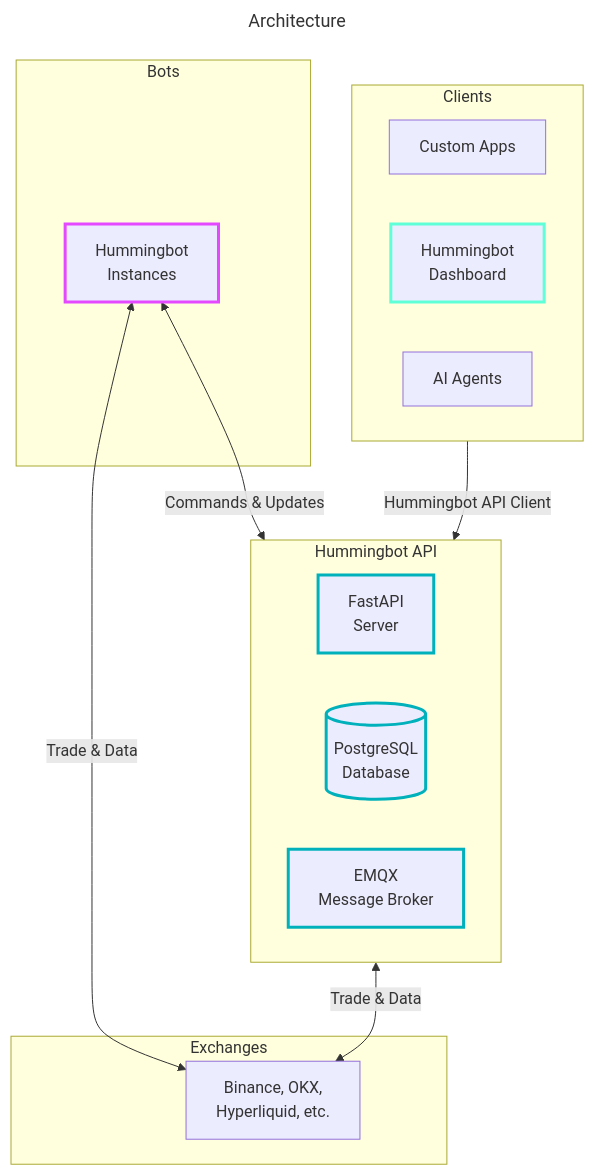
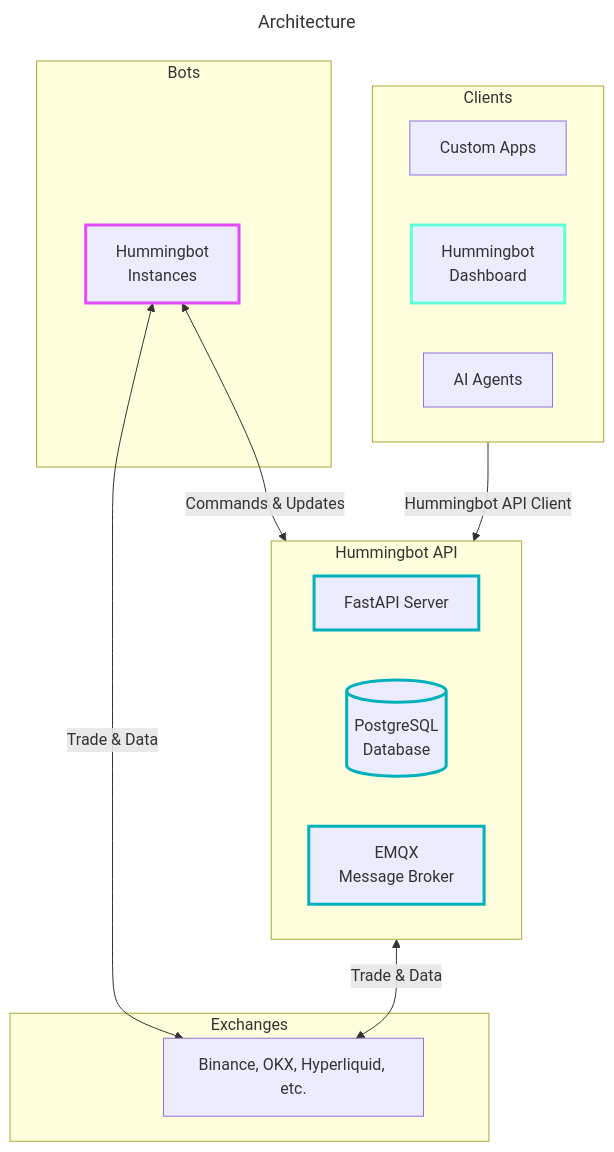
The diagram in hummingbot.md (doubility-sky/daydayup), drawn with Mermaid before and after one commit. The commit also changed other lines of this file, not shown here.

````diff
--- a/hummingbot.md
+++ b/hummingbot.md
@@ -59,46 +60,46 @@
 ```mermaid
 ---
 title: Architecture
 ---
 graph TB
     subgraph "Clients"
         direction LR
         CUSTOM[Custom Apps]
         DASH[Hummingbot<br/>Dashboard]
         AI[AI Agents]
     end
     
     subgraph "Hummingbot API"
         direction LR
-        API["FastAPI<br/>Server<br/>"]
+        API["FastAPI Server"]
         PG[(PostgreSQL<br/>Database)]
         MQTT[EMQX<br/>Message Broker]
     end
     
     subgraph "Bots"
         BOTS[Hummingbot<br/>Instances]
     end
     
     subgraph "Exchanges"
-        EX[Binance, OKX,<br/>Hyperliquid, etc.]
+        EX[Binance, OKX, Hyperliquid, etc.]
     end
     
     %% Client connections using API Client
     DASH -->|Hummingbot API Client| API
         
     %% Bot connections
     BOTS <-->|Commands & Updates| MQTT
     
     %% Exchange connections
     BOTS <-->|Trade & Data| EX
     API <-->|Trade & Data| EX
     
     %% Apply theme colors
     classDef clientStyle stroke:#5FFFD7,stroke-width:3px
     classDef apiStyle stroke:#00B1BB,stroke-width:3px
     classDef botsStyle stroke:#E549FF,stroke-width:3px
     
     class DASH clientStyle
     class API,PG,MQTT apiStyle
     class BOTS botsStyle
 ```
````
